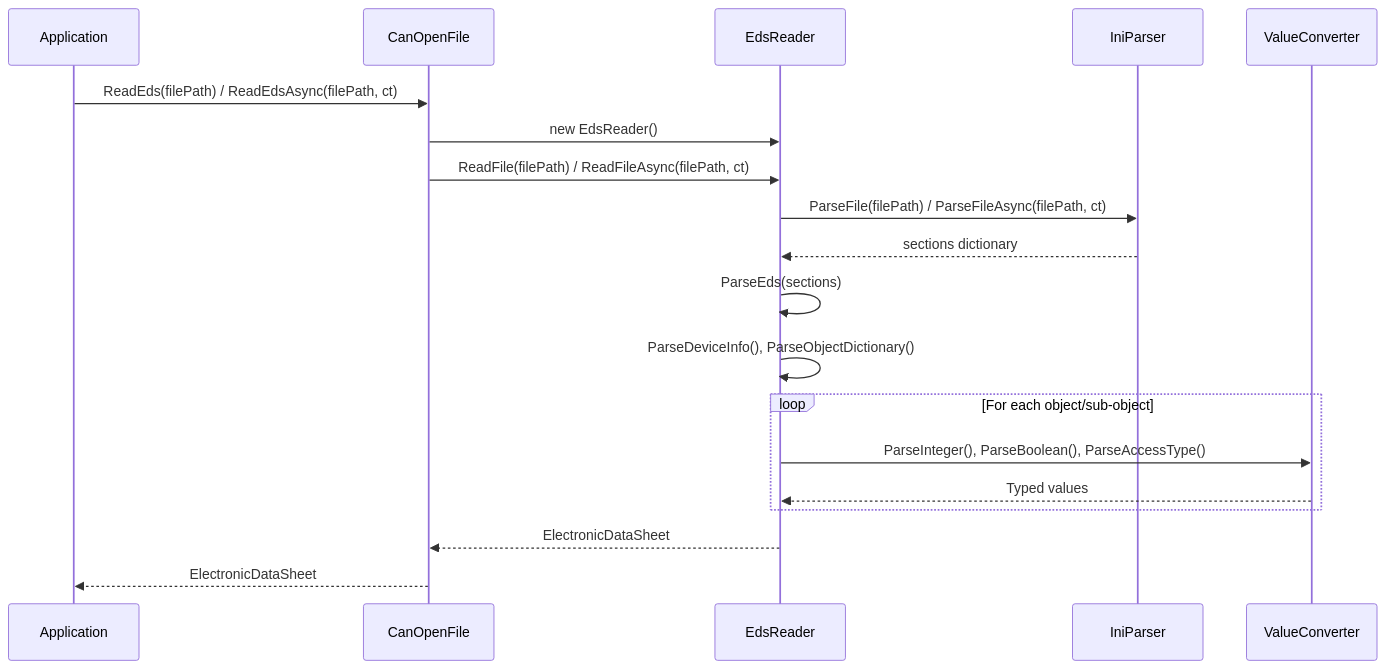
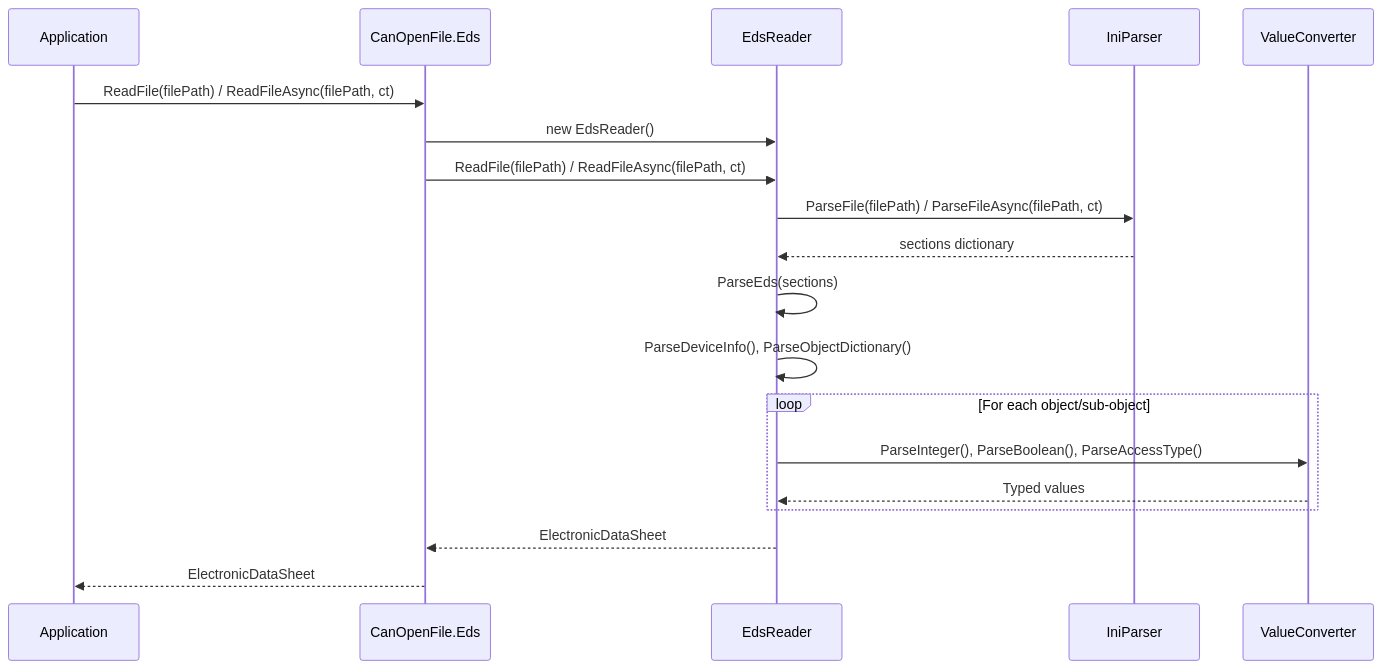
Before and after one commit to dborgards/eds-dcf-net: the first of 9 diagrams in docs/architecture/06-runtime-view.md, drawn with Mermaid. The commit also changed other lines of this file and 7 other files, not shown here.

First line of the commit message:
docs: align architecture docs, remarks, examples, README with 1.13 surface (#547)

````diff
--- a/docs/architecture/06-runtime-view.md
+++ b/docs/architecture/06-runtime-view.md
@@ -9,24 +11,24 @@
 ```mermaid
 sequenceDiagram
     participant App as Application
-    participant CF as CanOpenFile
+    participant CF as CanOpenFile.Eds
     participant ER as EdsReader
     participant IP as IniParser
     participant VC as ValueConverter
 
-    App->>CF: ReadEds(filePath) / ReadEdsAsync(filePath, ct)
+    App->>CF: ReadFile(filePath) / ReadFileAsync(filePath, ct)
     CF->>ER: new EdsReader()
     CF->>ER: ReadFile(filePath) / ReadFileAsync(filePath, ct)
     ER->>IP: ParseFile(filePath) / ParseFileAsync(filePath, ct)
     IP-->>ER: sections dictionary
     ER->>ER: ParseEds(sections)
     ER->>ER: ParseDeviceInfo(), ParseObjectDictionary()
 
     loop For each object/sub-object
         ER->>VC: ParseInteger(), ParseBoolean(), ParseAccessType()
         VC-->>ER: Typed values
     end
 
     ER-->>CF: ElectronicDataSheet
     CF-->>App: ElectronicDataSheet
 ```
````
